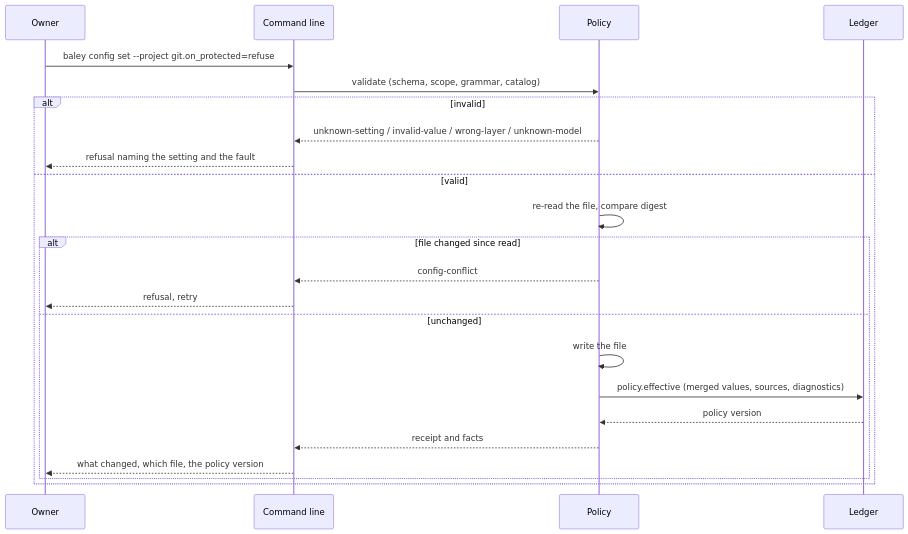
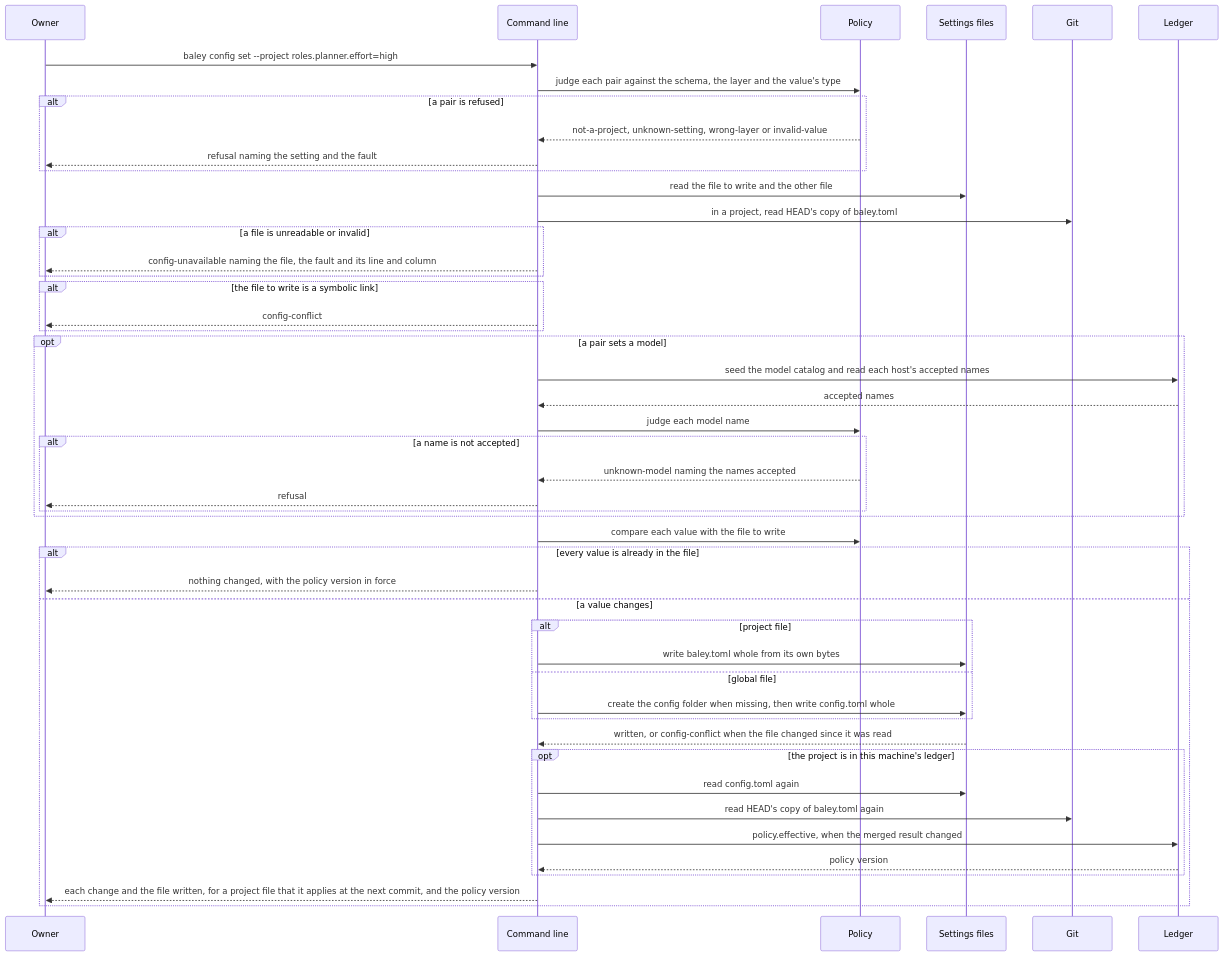
The fourth of 7 diagrams in docs/design/0003-configuration-and-routing.md (crenshawdev/baley), drawn with Mermaid before and after one commit. The commit also changed other lines of this file, not shown here.

Commit message:
docs(design): redraw the write-a-setting figure as config set is built
The figure showed a setting that is not in the schema and a write that went
straight to the ledger. It now shows the project and global branches, the
checks before a write, and the step reading HEAD's copy.

````diff
--- a/docs/design/0003-configuration-and-routing.md
+++ b/docs/design/0003-configuration-and-routing.md
@@ -464,25 +464,50 @@
 ```mermaid
 sequenceDiagram
   participant O as Owner
   participant C as Command line
   participant P as Policy
+  participant F as Settings files
+  participant G as Git
   participant L as Ledger
-  O->>C: baley config set --project git.on_protected=refuse
-  C->>P: validate (schema, scope, grammar, catalog)
-  alt invalid
-    P-->>C: unknown-setting / invalid-value / wrong-layer / unknown-model
+  O->>C: baley config set --project roles.planner.effort=high
+  C->>P: judge each pair against the schema, the layer and the value's type
+  alt a pair is refused
+    P-->>C: not-a-project, unknown-setting, wrong-layer or invalid-value
     C-->>O: refusal naming the setting and the fault
-  else valid
-    P->>P: re-read the file, compare digest
-    alt file changed since read
-      P-->>C: config-conflict
-      C-->>O: refusal, retry
-    else unchanged
-      P->>P: write the file
-      P->>L: policy.effective (merged values, sources, diagnostics)
-      L-->>P: policy version
-      P-->>C: receipt and facts
-      C-->>O: what changed, which file, the policy version
+  end
+  C->>F: read the file to write and the other file
+  C->>G: in a project, read HEAD's copy of baley.toml
+  alt a file is unreadable or invalid
+    C-->>O: config-unavailable naming the file, the fault and its line and column
+  end
+  alt the file to write is a symbolic link
+    C-->>O: config-conflict
+  end
+  opt a pair sets a model
+    C->>L: seed the model catalog and read each host's accepted names
+    L-->>C: accepted names
+    C->>P: judge each model name
+    alt a name is not accepted
+      P-->>C: unknown-model naming the names accepted
+      C-->>O: refusal
     end
   end
+  C->>P: compare each value with the file to write
+  alt every value is already in the file
+    C-->>O: nothing changed, with the policy version in force
+  else a value changes
+    alt project file
+      C->>F: write baley.toml whole from its own bytes
+    else global file
+      C->>F: create the config folder when missing, then write config.toml whole
+    end
+    F-->>C: written, or config-conflict when the file changed since it was read
+    opt the project is in this machine's ledger
+      C->>F: read config.toml again
+      C->>G: read HEAD's copy of baley.toml again
+      C->>L: policy.effective, when the merged result changed
+      L-->>C: policy version
+    end
+    C-->>O: each change and the file written, for a project file that it applies at the next commit, and the policy version
+  end
 ```
````
